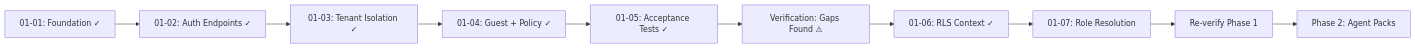
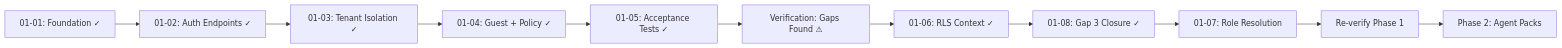
Before and after one commit to hungphongtrn/minerva: the diagram in .planning/STATE.md, drawn with Mermaid. The commit also changed other lines of this file and 1 other file, not shown here.

First line of the commit message:
docs(01-08): complete gap 3 closure plan

````diff
--- a/.planning/STATE.md
+++ b/.planning/STATE.md
@@ -18,12 +18,13 @@
 ```mermaid
 flowchart LR
   S1[01-01: Foundation ✓] --> S2[01-02: Auth Endpoints ✓]
   S2 --> S3[01-03: Tenant Isolation ✓]
   S3 --> S4[01-04: Guest + Policy ✓]
   S4 --> S5[01-05: Acceptance Tests ✓]
   S5 --> S6[Verification: Gaps Found ⚠]
   S6 --> S7[01-06: RLS Context ✓]
-  S7 --> S8[01-07: Role Resolution]
-  S8 --> S9[Re-verify Phase 1]
-  S9 --> S10[Phase 2: Agent Packs]
+  S7 --> S8[01-08: Gap 3 Closure ✓]
+  S8 --> S9[01-07: Role Resolution]
+  S9 --> S10[Re-verify Phase 1]
+  S10 --> S11[Phase 2: Agent Packs]
 ```
````
